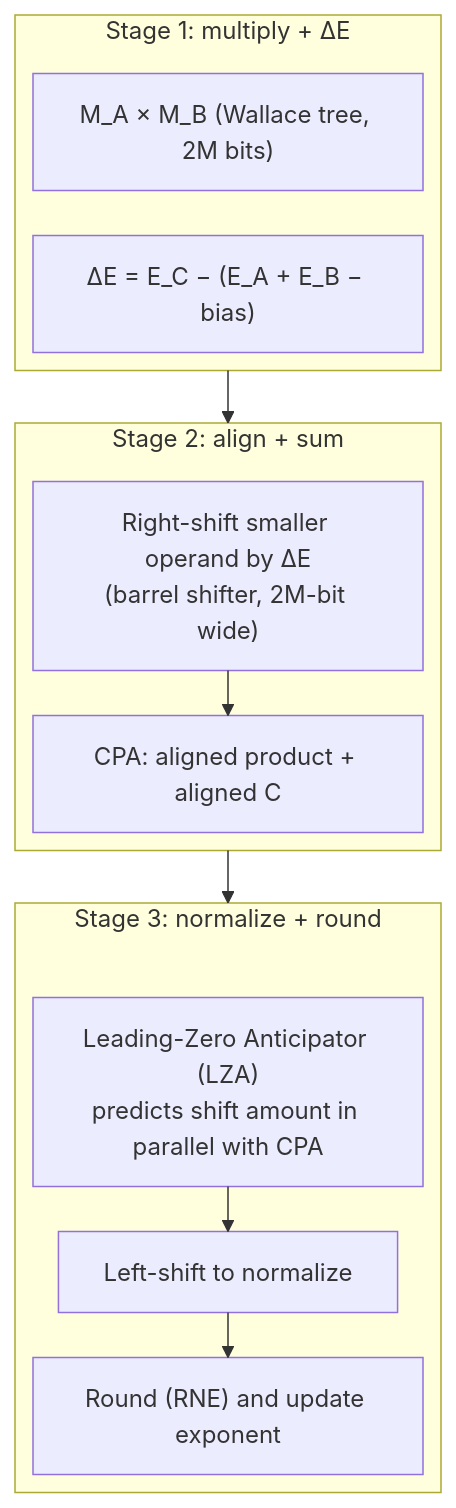
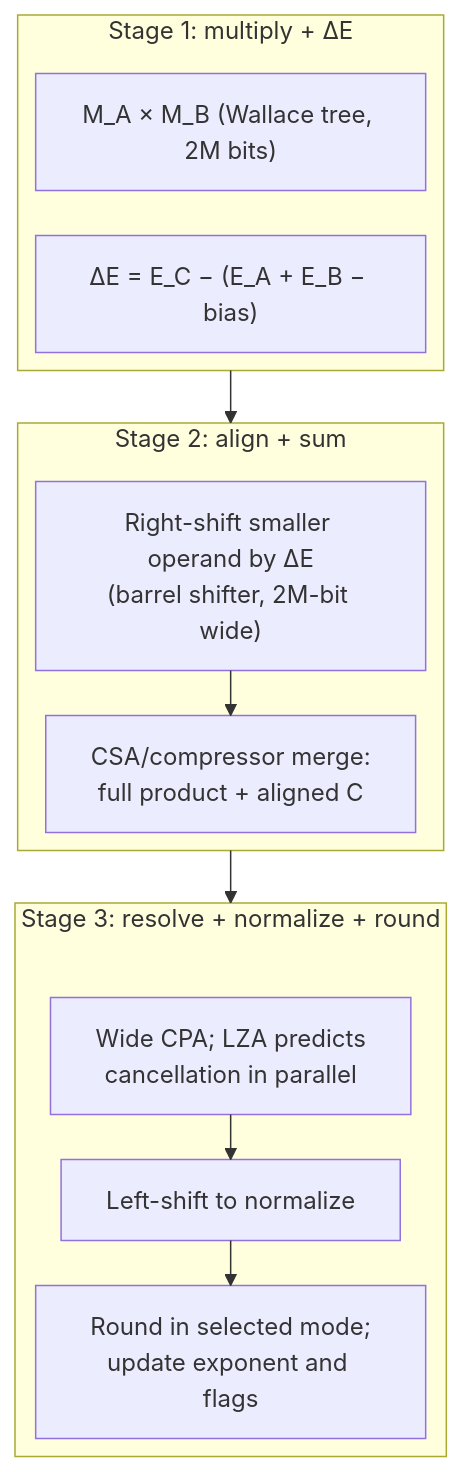
One commit to Wty2003328/ai_infra_intro changed the seventh of 17 diagrams in L2_Digital_Design_for_AI/02_FP_Unit_Design.md. Above: the diagram before and after it, drawn with Mermaid. The commit also changed other lines of this file and 3 other files, not shown here.

````diff
--- a/L2_Digital_Design_for_AI/02_FP_Unit_Design.md
+++ b/L2_Digital_Design_for_AI/02_FP_Unit_Design.md
@@ -191,23 +585,23 @@
 ```mermaid
 %%{init: {"flowchart": {"defaultRenderer": "elk", "nodeSpacing": 60, "rankSpacing": 60, "htmlLabels": false}}}%%
 flowchart TB
     subgraph S1["Stage 1: multiply + ΔE"]
         direction TB
         S1a["M_A × M_B (Wallace tree, 2M bits)"]
         S1b["ΔE = E_C − (E_A + E_B − bias)"]
     end
     subgraph S2["Stage 2: align + sum"]
         direction TB
         S2a["Right-shift smaller operand by ΔE<br/>(barrel shifter, 2M-bit wide)"]
-        S2b["CPA: aligned product + aligned C"]
+        S2b["CSA/compressor merge:<br/>full product + aligned C"]
         S2a --> S2b
     end
-    subgraph S3["Stage 3: normalize + round"]
+    subgraph S3["Stage 3: resolve + normalize + round"]
         direction TB
-        S3a["Leading-Zero Anticipator (LZA)<br/>predicts shift amount in parallel with CPA"]
+        S3a["Wide CPA; LZA predicts<br/>cancellation in parallel"]
         S3b["Left-shift to normalize"]
-        S3c["Round (RNE) and update exponent"]
+        S3c["Round in selected mode;<br/>update exponent and flags"]
         S3a --> S3b --> S3c
     end
     S1 --> S2 --> S3
 ```
````
